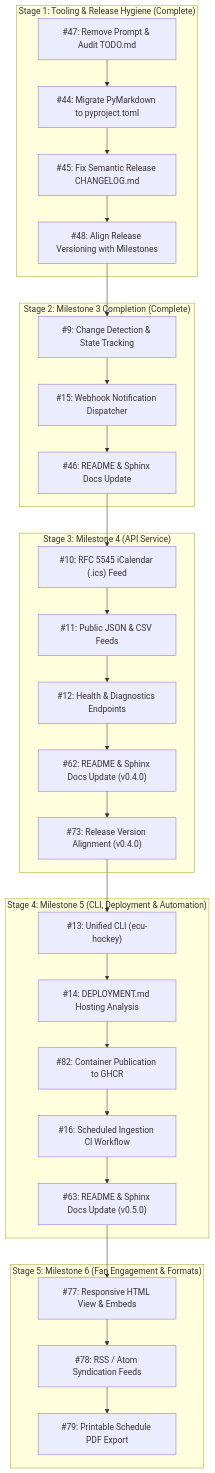
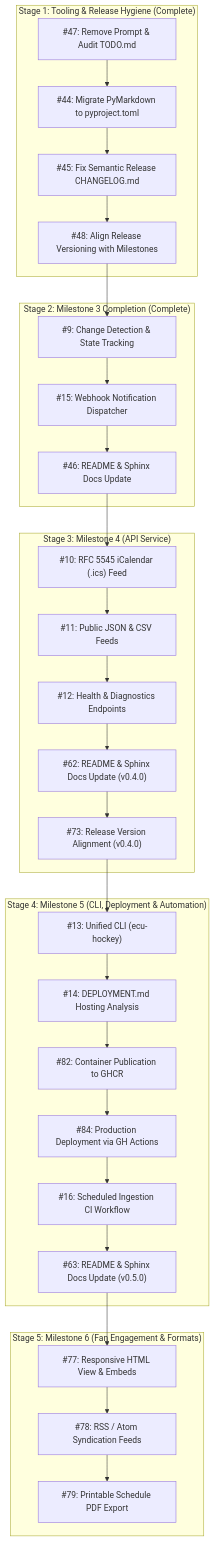
Before and after one commit to bdperkin/ecu-hockey-calendar: the second of 2 diagrams in TODO.md, drawn with Mermaid. The commit also changed other lines of this file, not shown here.

First line of the commit message:
docs(roadmap): track production deployment issue in TODO.md (#85)

````diff
--- a/TODO.md
+++ b/TODO.md
@@ -319,57 +326,59 @@
 ```mermaid
 flowchart TD
     subgraph HYGIENE["Stage 1: Tooling & Release Hygiene (Complete)"]
         T47["#47: Remove Prompt & Audit TODO.md"]
         T44["#44: Migrate PyMarkdown to pyproject.toml"]
         T45["#45: Fix Semantic Release CHANGELOG.md"]
         T48["#48: Align Release Versioning with Milestones"]
     end
 
     subgraph M3["Stage 2: Milestone 3 Completion (Complete)"]
         T9["#9: Change Detection & State Tracking"]
         T15["#15: Webhook Notification Dispatcher"]
         T46["#46: README & Sphinx Docs Update"]
     end
 
     subgraph M4["Stage 3: Milestone 4 (API Service)"]
         T10["#10: RFC 5545 iCalendar (.ics) Feed"]
         T11["#11: Public JSON & CSV Feeds"]
         T12["#12: Health & Diagnostics Endpoints"]
         T62["#62: README & Sphinx Docs Update (v0.4.0)"]
         T73["#73: Release Version Alignment (v0.4.0)"]
     end
 
     subgraph M5["Stage 4: Milestone 5 (CLI, Deployment & Automation)"]
         T13["#13: Unified CLI (ecu-hockey)"]
         T14["#14: DEPLOYMENT.md Hosting Analysis"]
         T82["#82: Container Publication to GHCR"]
+        T84["#84: Production Deployment via GH Actions"]
         T16["#16: Scheduled Ingestion CI Workflow"]
         T63["#63: README & Sphinx Docs Update (v0.5.0)"]
     end
 
     subgraph M6["Stage 5: Milestone 6 (Fan Engagement & Formats)"]
         T77["#77: Responsive HTML View & Embeds"]
         T78["#78: RSS / Atom Syndication Feeds"]
         T79["#79: Printable Schedule PDF Export"]
     end
 
     T47 --> T44
     T44 --> T45
     T45 --> T48
     T48 --> T9
     T9 --> T15
     T15 --> T46
     T46 --> T10
     T10 --> T11
     T11 --> T12
     T12 --> T62
     T62 --> T73
     T73 --> T13
     T13 --> T14
     T14 --> T82
-    T82 --> T16
+    T82 --> T84
+    T84 --> T16
     T16 --> T63
     T63 --> T77
     T77 --> T78
     T78 --> T79
 ```
````
